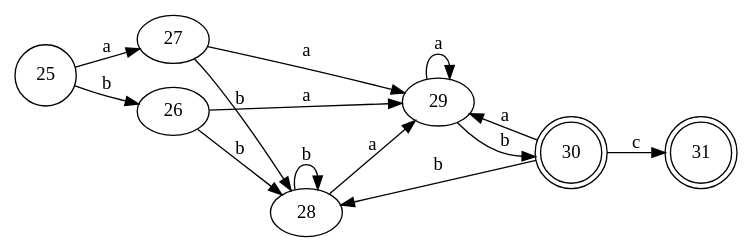
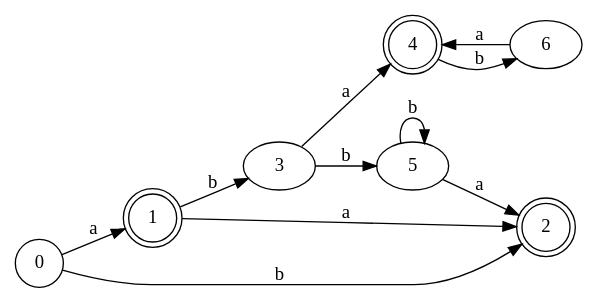
Before and after one commit to bryannalfaro/Dise-odeLenguajes: the diagram in test-output/automata1.gv, drawn with Graphviz. The commit also changed 11 other files, not shown here.

```diff
--- a/test-output/automata1.gv
+++ b/test-output/automata1.gv
@@ -1,19 +1,17 @@
 digraph automata1 {
 	rankdir=LR
-	25 [label=25 shape=circle]
-	30 [label=30 shape=doublecircle]
-	31 [label=31 shape=doublecircle]
-	25 -> 26 [label=b]
-	25 -> 27 [label=a]
-	26 -> 28 [label=b]
-	26 -> 29 [label=a]
-	27 -> 28 [label=b]
-	27 -> 29 [label=a]
-	28 -> 28 [label=b]
-	28 -> 29 [label=a]
-	29 -> 30 [label=b]
-	29 -> 29 [label=a]
-	30 -> 28 [label=b]
-	30 -> 29 [label=a]
-	30 -> 31 [label=c]
+	0 [label=0 shape=circle]
+	1 [label=1 shape=doublecircle]
+	2 [label=2 shape=doublecircle]
+	4 [label=4 shape=doublecircle]
+	0 -> 1 [label=a]
+	0 -> 2 [label=b]
+	1 -> 2 [label=a]
+	1 -> 3 [label=b]
+	3 -> 4 [label=a]
+	3 -> 5 [label=b]
+	4 -> 6 [label=b]
+	5 -> 2 [label=a]
+	5 -> 5 [label=b]
+	6 -> 4 [label=a]
 }
```
